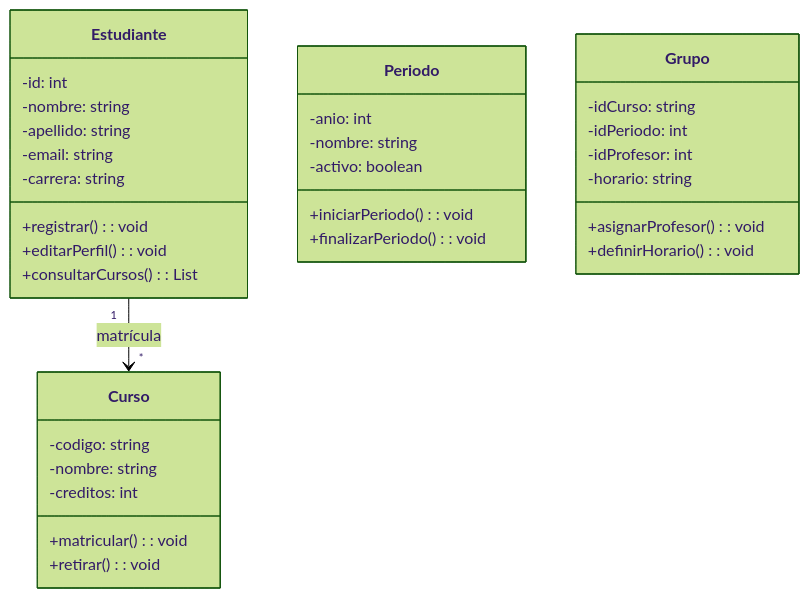
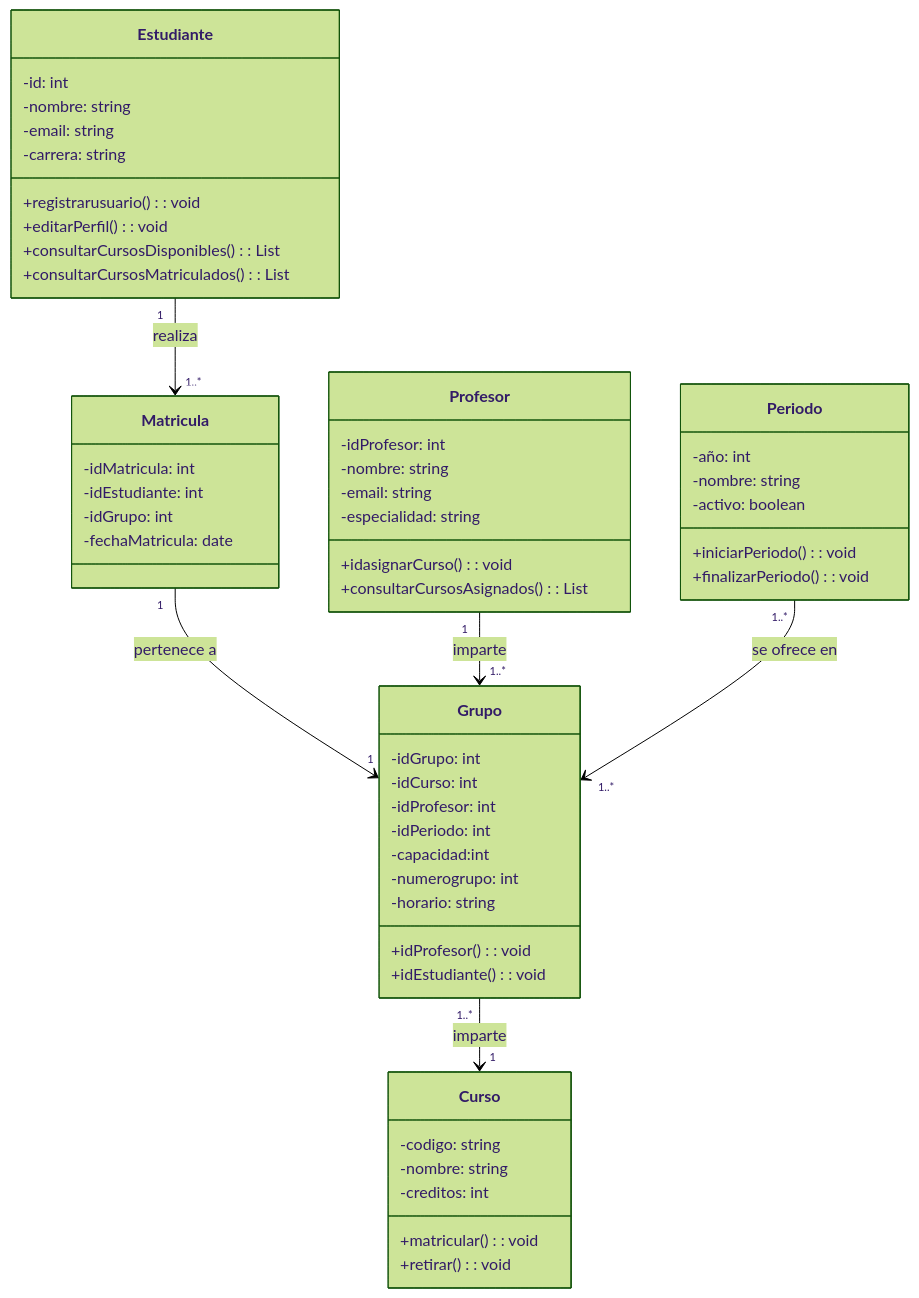
The diagram in classDiagram.mmd (eam-cr/Programacion-internet), drawn with Mermaid (forest theme) before and after one commit. The commit also changed 3 other files, not shown here.

```diff
--- a/classDiagram.mmd
+++ b/classDiagram.mmd
@@ -1,38 +1,61 @@
 classDiagram
     class Estudiante {
         -id: int
         -nombre: string
-        -apellido: string
         -email: string
         -carrera: string
-        +registrar(): void
+        +registrarusuario(): void
         +editarPerfil(): void
-        +consultarCursos(): List<Curso>
+        +consultarCursosDisponibles(): List<Curso>
+        +consultarCursosMatriculados(): List<Grupo>
+    }
+
+    class Profesor {
+        -idProfesor: int
+        -nombre: string
+        -email: string
+        -especialidad: string
+        +idasignarCurso(): void
+        +consultarCursosAsignados(): List<Curso>
     }
 
     class Curso {
         -codigo: string
         -nombre: string
         -creditos: int
         +matricular(): void
         +retirar(): void
     }
 
-    Estudiante "1" --> "*" Curso : matrícula
+    class Grupo {
+        -idGrupo: int
+        -idCurso: int
+        -idProfesor: int
+        -idPeriodo: int
+        -capacidad:int 
+        -numerogrupo: int
+        -horario: string
+        +idProfesor(): void
+        +idEstudiante(): void
+    }
 
     class Periodo {
-        -anio: int
+        -año: int
         -nombre: string
         -activo: boolean
         +iniciarPeriodo(): void
         +finalizarPeriodo(): void
     }
 
-    class Grupo {
-        -idCurso: string
-        -idPeriodo: int
-        -idProfesor: int
-        -horario: string
-        +asignarProfesor(): void
-        +definirHorario(): void
+    class Matricula{
+        -idMatricula: int
+        -idEstudiante: int
+        -idGrupo: int
+        -fechaMatricula: date
     }
+
+    Estudiante "1" --> "1..*" Matricula : realiza
+    Matricula "1" --> "1" Grupo : pertenece a
+    Grupo "1..*" --> "1" Curso : imparte
+    Profesor "1" --> "1..*" Grupo : imparte
+    Periodo "1..*" --> "1..*" Grupo : se ofrece en
```
